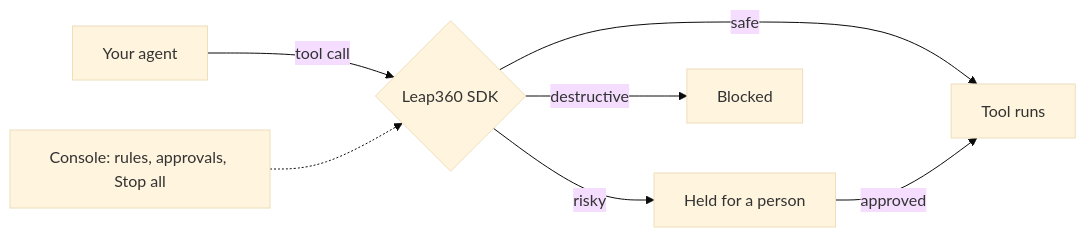
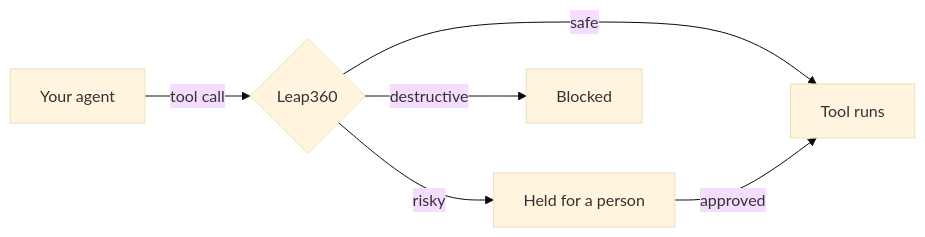
The diagram in README.md (LeapTheLimit/leap360), drawn with Mermaid (base theme) before and after one commit. The commit also changed other lines of this file and 1 other file, not shown here.

First line of the commit message:
README: step-by-step setup, on your own device or with the cloud

````diff
--- a/README.md
+++ b/README.md
@@ -20,8 +21,7 @@
 ```mermaid
 flowchart LR
-    A[Your agent] -->|tool call| L{Leap360 SDK}
+    A[Your agent] -->|tool call| L{Leap360}
     L -->|safe| T[Tool runs]
     L -->|risky| H[Held for a person] -->|approved| T
     L -->|destructive| B[Blocked]
-    C[Console: rules, approvals, Stop all] -.-> L
 ```
````
